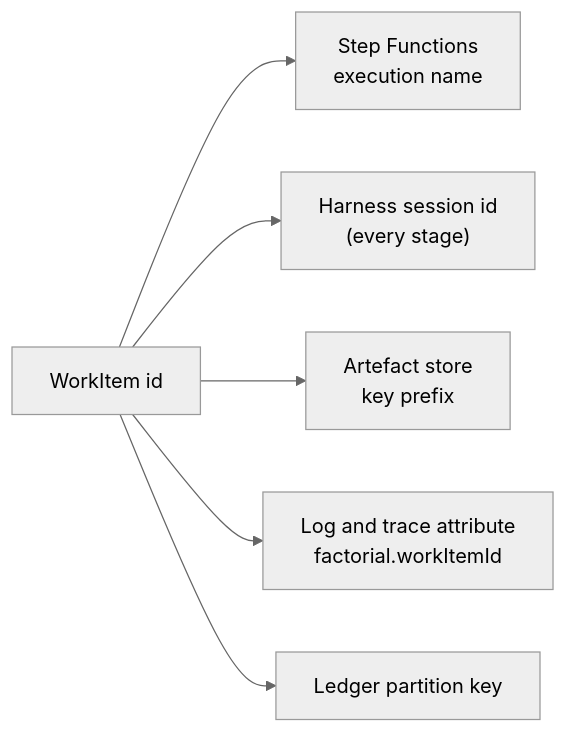
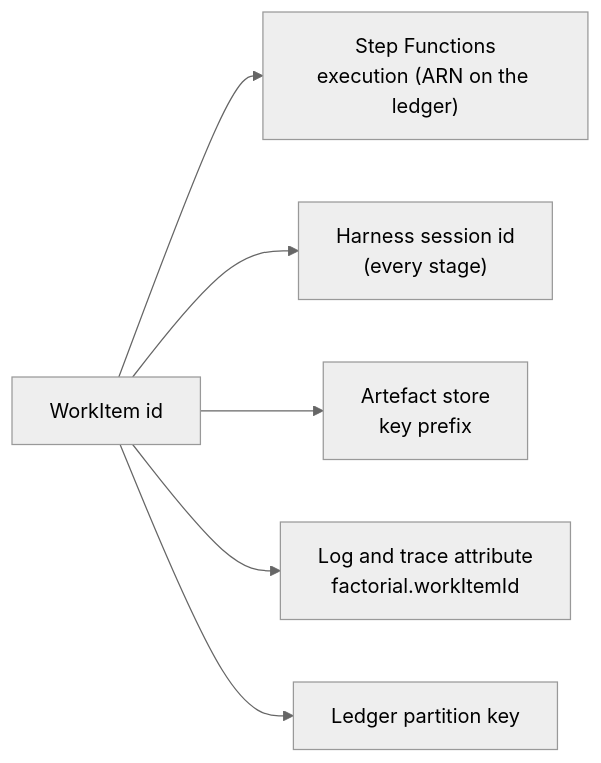
Before and after one commit to JamieGeddes/factorial: the third of 6 diagrams in docs/design-plan.md, drawn with Mermaid (neutral theme). The commit also changed other lines of this file and 10 other files, not shown here.

First line of the commit message:
Record the execution ARN on the ledger row

````diff
--- a/docs/design-plan.md
+++ b/docs/design-plan.md
@@ -209,9 +209,9 @@
 ```mermaid
 flowchart LR
     id["WorkItem id"]
-    id --> exec["Step Functions<br/>execution name"]
+    id --> exec["Step Functions<br/>execution (ARN on the ledger)"]
     id --> sess["Harness session id<br/>(every stage)"]
     id --> prefix["Artefact store<br/>key prefix"]
     id --> attr["Log and trace attribute<br/>factorial.workItemId"]
     id --> row["Ledger partition key"]
 ```
````
